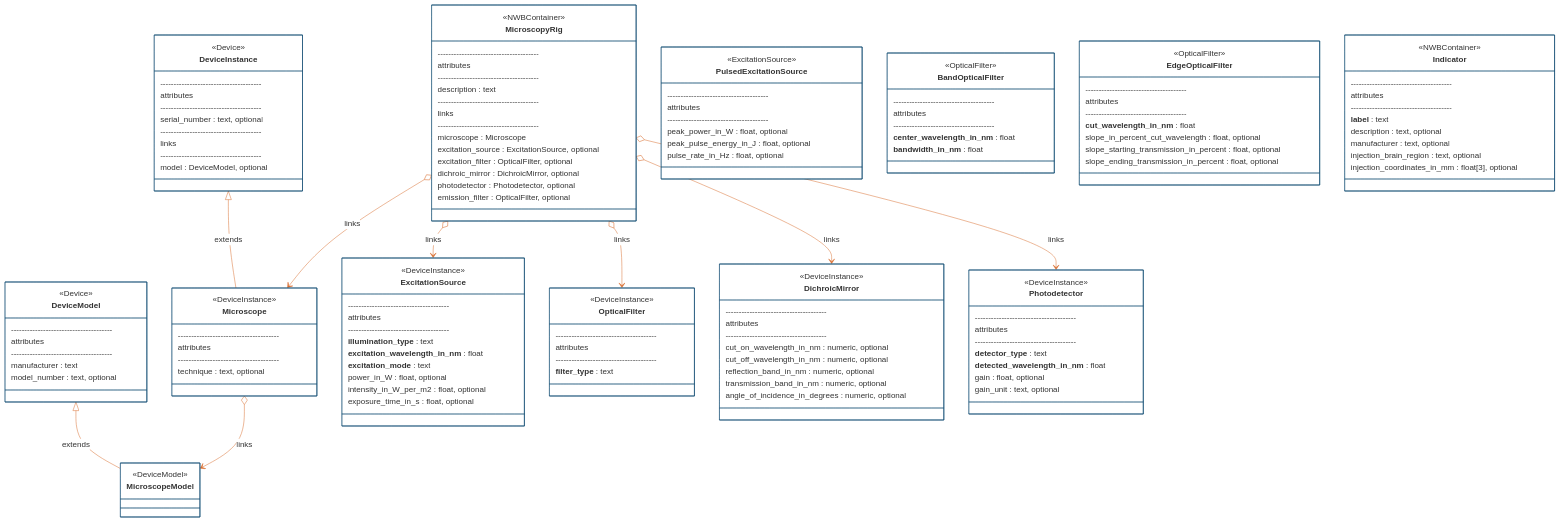
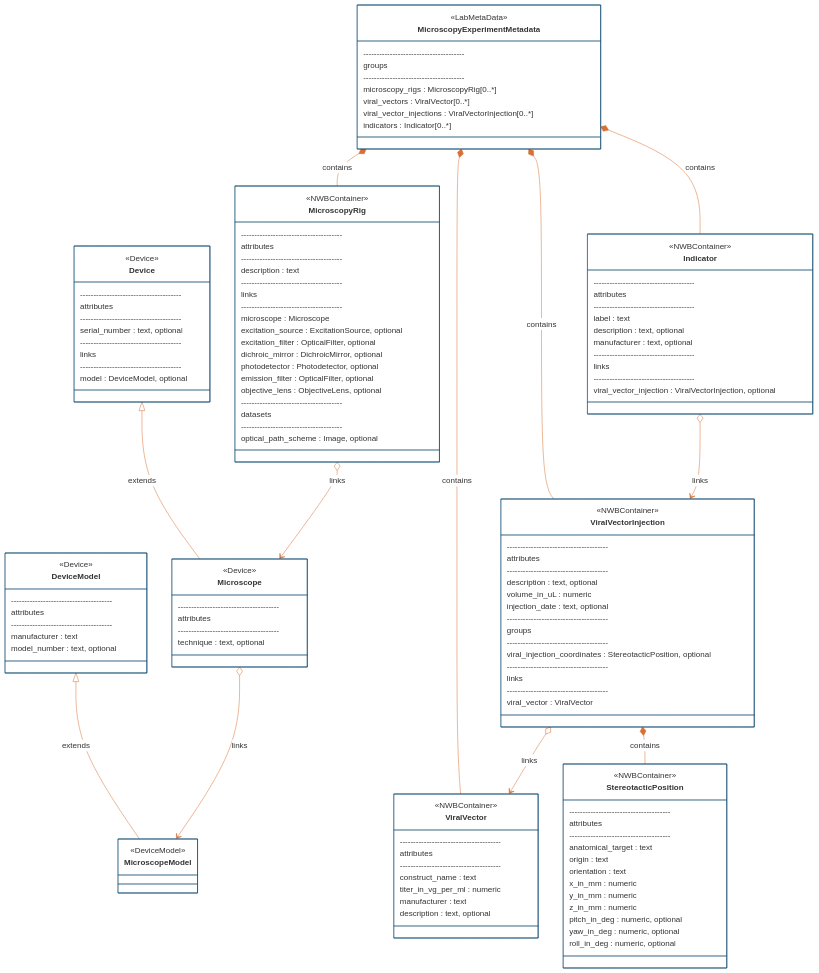
One commit to catalystneuro/ndx-microscopy changed the first of 4 diagrams in README.md. Above: the diagram before and after it, drawn with Mermaid. The commit also changed other lines of this file and 36 other files, not shown here.

````diff
--- a/README.md
+++ b/README.md
@@ -46,7 +58,7 @@
 
 classDiagram
     direction TB
-    
+
     class DeviceModel{
         <<Device>>
         --------------------------------------
@@ -55,8 +67,8 @@
         manufacturer : text
         model_number : text, optional
     }
-    
-    class DeviceInstance{
+
+    class Device{
         <<Device>>
         --------------------------------------
         attributes
@@ -73,11 +85,22 @@
     }
 
     class Microscope {
-        <<DeviceInstance>>
+        <<Device>>
         --------------------------------------
         attributes
         --------------------------------------
         technique : text, optional
+    }
+
+    class MicroscopyExperimentMetadata {
+        <<LabMetaData>>
+        --------------------------------------
+        groups
+        --------------------------------------
+        microscopy_rigs : MicroscopyRig[0..*]
+        viral_vectors : ViralVector[0..*]
+        viral_vector_injections : ViralVectorInjection[0..*]
+        indicators : Indicator[0..*]
     }
 
     class MicroscopyRig {
@@ -95,101 +118,79 @@
         dichroic_mirror : DichroicMirror, optional
         photodetector : Photodetector, optional
         emission_filter : OpticalFilter, optional
+        objective_lens : ObjectiveLens, optional
+        --------------------------------------
+        datasets
+        --------------------------------------
+        optical_path_scheme : Image, optional
     }
 
-    class ExcitationSource {
-        <<DeviceInstance>>
+    class ViralVector {
+        <<NWBContainer>>
         --------------------------------------
         attributes
         --------------------------------------
-        **illumination_type** : text
-        **excitation_wavelength_in_nm** : float
-        **excitation_mode** : text
-        power_in_W : float, optional
-        intensity_in_W_per_m2 : float, optional
-        exposure_time_in_s : float, optional
+        construct_name : text
+        titer_in_vg_per_ml : numeric
+        manufacturer : text
+        description : text, optional
     }
-
-    class PulsedExcitationSource {
-        <<ExcitationSource>>
+    class ViralVectorInjection {
+        <<NWBContainer>>
         --------------------------------------
         attributes
         --------------------------------------
-        peak_power_in_W : float, optional
-        peak_pulse_energy_in_J : float, optional
-        pulse_rate_in_Hz : float, optional
+        description : text, optional
+        volume_in_uL : numeric
+        injection_date : text, optional
+        --------------------------------------
+        groups
+        --------------------------------------
+        viral_injection_coordinates : StereotacticPosition, optional
+        --------------------------------------
+        links
+        --------------------------------------
+        viral_vector : ViralVector
     }
-
-    class OpticalFilter {
-        <<DeviceInstance>>
+    class StereotacticPosition {
+        <<NWBContainer>>
         --------------------------------------
         attributes
         --------------------------------------
-        **filter_type** : text
+        anatomical_target : text
+        origin : text
+        orientation : text
+        x_in_mm : numeric
+        y_in_mm : numeric
+        z_in_mm : numeric
+        pitch_in_deg : numeric, optional
+        yaw_in_deg : numeric, optional
+        roll_in_deg : numeric, optional
     }
-
-    class BandOpticalFilter {
-        <<OpticalFilter>>
-        --------------------------------------
-        attributes
-        --------------------------------------
-        **center_wavelength_in_nm** : float
-        **bandwidth_in_nm** : float
-    }
-
-    class EdgeOpticalFilter {
-        <<OpticalFilter>>
-        --------------------------------------
-        attributes
-        --------------------------------------
-        **cut_wavelength_in_nm** : float
-        slope_in_percent_cut_wavelength : float, optional
-        slope_starting_transmission_in_percent : float, optional
-        slope_ending_transmission_in_percent : float, optional
-    }
-
-    class DichroicMirror {
-        <<DeviceInstance>>
-        --------------------------------------
-        attributes
-        --------------------------------------
-        cut_on_wavelength_in_nm : numeric, optional
-        cut_off_wavelength_in_nm : numeric, optional
-        reflection_band_in_nm : numeric, optional
-        transmission_band_in_nm : numeric, optional
-        angle_of_incidence_in_degrees : numeric, optional
-    }
-    
-    class Photodetector {
-        <<DeviceInstance>>
-        --------------------------------------
-        attributes
-        --------------------------------------
-        **detector_type** : text
-        **detected_wavelength_in_nm** : float
-        gain : float, optional
-        gain_unit : text, optional
-    }
-
     class Indicator {
         <<NWBContainer>>
         --------------------------------------
         attributes
         --------------------------------------
-        **label** : text
+        label : text
         description : text, optional
         manufacturer : text, optional
-        injection_brain_region : text, optional
-        injection_coordinates_in_mm : float[3], optional
+        --------------------------------------
+        links
+        --------------------------------------
+        viral_vector_injection : ViralVectorInjection, optional
     }
 
+
     DeviceModel <|-- MicroscopeModel : extends
-    DeviceInstance <|-- Microscope : extends
-
+    Device <|-- Microscope : extends
     Microscope o--> MicroscopeModel : links
     MicroscopyRig o--> Microscope : links
-    MicroscopyRig o--> ExcitationSource : links
-    MicroscopyRig o--> OpticalFilter : links
-    MicroscopyRig o--> DichroicMirror : links
-    MicroscopyRig o--> Photodetector : links
+    MicroscopyExperimentMetadata *-- MicroscopyRig : contains
+    MicroscopyExperimentMetadata *-- ViralVector : contains
+    MicroscopyExperimentMetadata *-- ViralVectorInjection : contains
+    MicroscopyExperimentMetadata *-- Indicator : contains
+    ViralVectorInjection o--> ViralVector : links
+    ViralVectorInjection *-- StereotacticPosition : contains
+    Indicator o--> ViralVectorInjection : links
 ```
````
